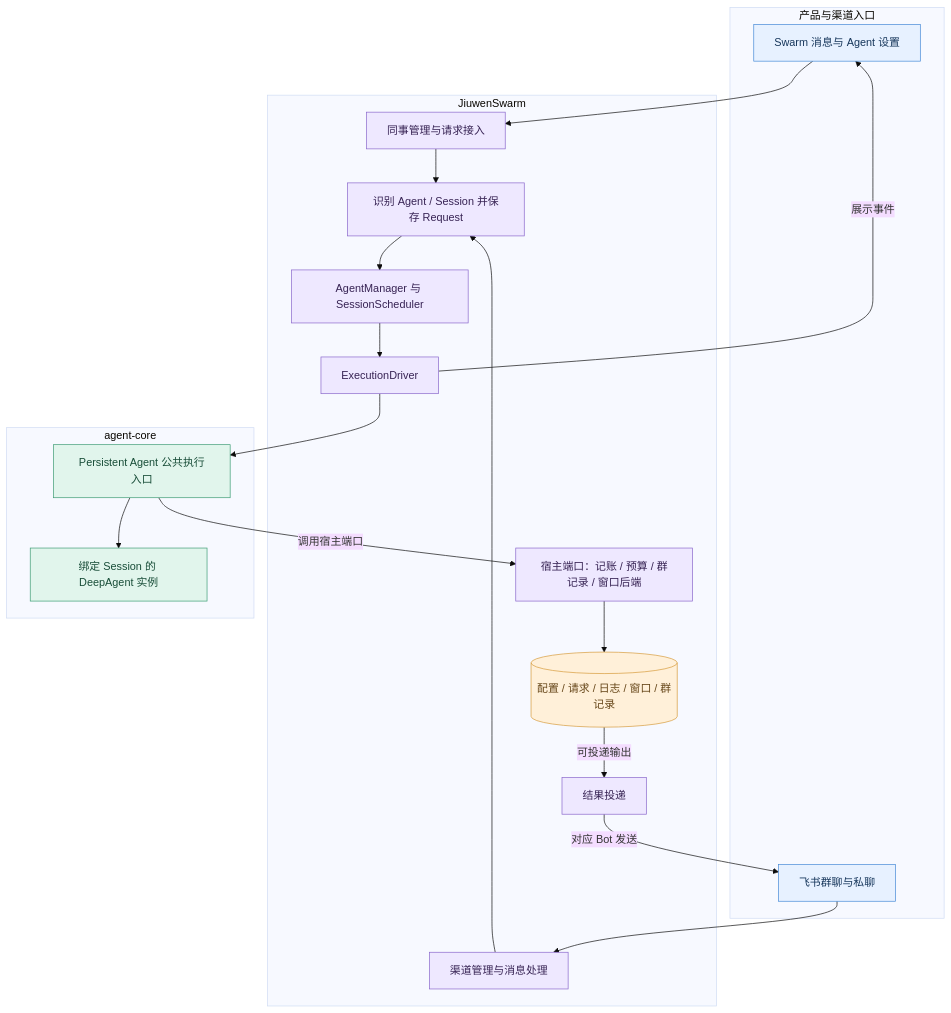
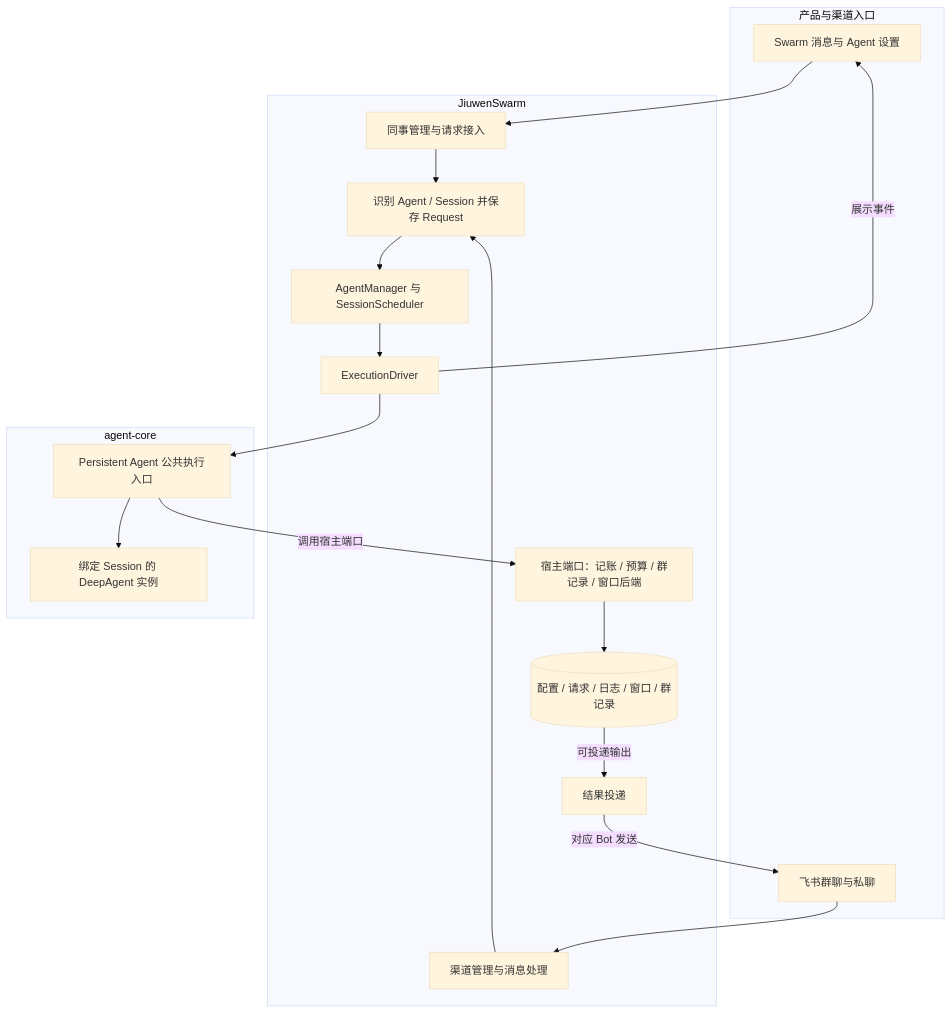
One commit to openJiuwen-ai/jiuwenswarm changed the third of 3 diagrams in jiuwenswarm/server/jiuwenmate/docs/designs/jiuwenmate-development-plan.md. Above: the diagram before and after it, drawn with Mermaid (base theme). The commit also changed other lines of this file and 4 other files, not shown here.

````diff
--- a/jiuwenswarm/server/jiuwenmate/docs/designs/jiuwenmate-development-plan.md
+++ b/jiuwenswarm/server/jiuwenmate/docs/designs/jiuwenmate-development-plan.md
@@ -213,39 +624,31 @@
 ```mermaid
 flowchart TB
     subgraph ENTRY[产品与渠道入口]
         WEB[Swarm 消息与 Agent 设置]
         IM[飞书群聊与私聊]
     end
     subgraph SWARM[JiuwenSwarm]
         API[同事管理与请求接入]
         GW[渠道管理与消息处理]
         ROUTE[识别 Agent / Session 并保存 Request]
         MANAGER[AgentManager 与 SessionScheduler]
         DRIVER[ExecutionDriver]
         PORTS[宿主端口：记账 / 预算 / 群记录 / 窗口后端]
         DELIVERY[结果投递]
         STORE[(配置 / 请求 / 日志 / 窗口 / 群记录)]
     end
     subgraph CORE[agent-core]
         EXEC[Persistent Agent 公共执行入口]
         DEEP[绑定 Session 的 DeepAgent 实例]
     end
     WEB --> API
     IM --> GW
     API --> ROUTE
     GW --> ROUTE
     ROUTE --> MANAGER --> DRIVER --> EXEC --> DEEP
     EXEC -->|调用宿主端口| PORTS
     PORTS --> STORE
     STORE -->|可投递输出| DELIVERY
     DELIVERY -->|对应 Bot 发送| IM
     DRIVER -->|展示事件| WEB
-    classDef entry fill:#e7f1ff,stroke:#4388d6,color:#16365b
-    classDef host fill:#eee8ff,stroke:#8865cb,color:#372354
-    classDef core fill:#e1f5ec,stroke:#3b9b73,color:#184d38
-    classDef data fill:#fff0d9,stroke:#d69a39,color:#664619
-    class WEB,IM entry
-    class API,GW,ROUTE,MANAGER,DRIVER,PORTS,DELIVERY host
-    class EXEC,DEEP core
-    class STORE data
 ```
````
